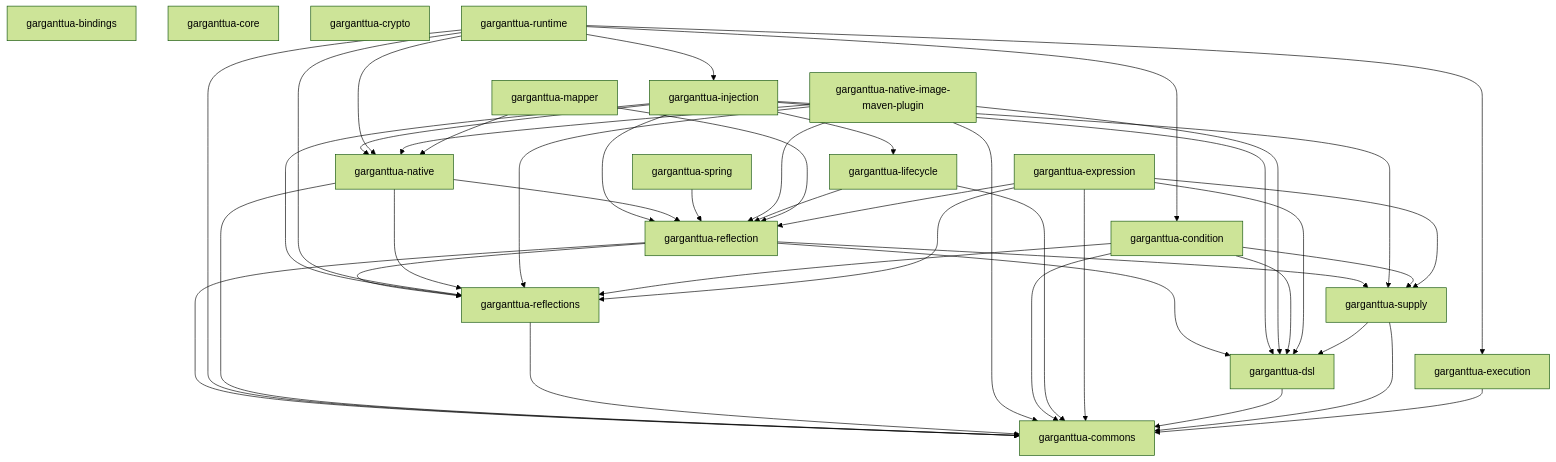
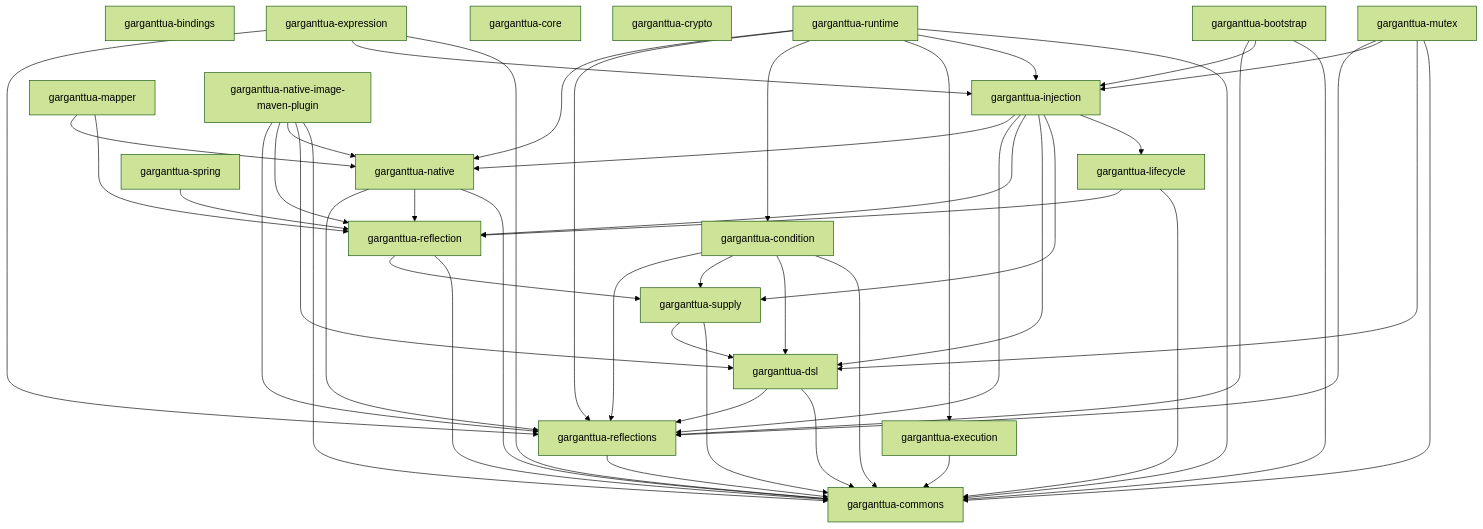
One commit to garganttua/garganttua-core changed the diagram in README.md. Above: the diagram before and after it, drawn with Mermaid (forest theme). The commit also changed other lines of this file and 11 other files, not shown here.

````diff
--- a/README.md
+++ b/README.md
@@ -299,65 +304,71 @@
 ```mermaid
 graph TD
     garganttua-bindings["garganttua-bindings"]
+    garganttua-bootstrap["garganttua-bootstrap"]
     garganttua-commons["garganttua-commons"]
     garganttua-condition["garganttua-condition"]
     garganttua-core["garganttua-core"]
     garganttua-crypto["garganttua-crypto"]
     garganttua-dsl["garganttua-dsl"]
     garganttua-execution["garganttua-execution"]
     garganttua-expression["garganttua-expression"]
     garganttua-injection["garganttua-injection"]
     garganttua-lifecycle["garganttua-lifecycle"]
     garganttua-mapper["garganttua-mapper"]
+    garganttua-mutex["garganttua-mutex"]
     garganttua-native["garganttua-native"]
     garganttua-native-image-maven-plugin["garganttua-native-image-maven-plugin"]
     garganttua-reflection["garganttua-reflection"]
     garganttua-reflections["garganttua-reflections"]
     garganttua-runtime["garganttua-runtime"]
     garganttua-spring["garganttua-spring"]
     garganttua-supply["garganttua-supply"]
 
     garganttua-reflection --> garganttua-commons
-    garganttua-reflection --> garganttua-dsl
     garganttua-reflection --> garganttua-supply
-    garganttua-reflection --> garganttua-reflections
     garganttua-injection --> garganttua-lifecycle
     garganttua-injection --> garganttua-supply
     garganttua-injection --> garganttua-dsl
     garganttua-injection --> garganttua-reflection
     garganttua-injection --> garganttua-reflections
     garganttua-injection --> garganttua-native
+    garganttua-mutex --> garganttua-commons
+    garganttua-mutex --> garganttua-dsl
+    garganttua-mutex --> garganttua-injection
+    garganttua-mutex --> garganttua-reflections
     garganttua-runtime --> garganttua-commons
     garganttua-runtime --> garganttua-injection
     garganttua-runtime --> garganttua-execution
     garganttua-runtime --> garganttua-condition
     garganttua-runtime --> garganttua-reflections
     garganttua-runtime --> garganttua-native
     garganttua-native --> garganttua-commons
     garganttua-native --> garganttua-reflection
     garganttua-native --> garganttua-reflections
+    garganttua-bootstrap --> garganttua-commons
+    garganttua-bootstrap --> garganttua-injection
+    garganttua-bootstrap --> garganttua-reflections
     garganttua-reflections --> garganttua-commons
     garganttua-spring --> garganttua-reflection
     garganttua-native-image-maven-plugin --> garganttua-commons
     garganttua-native-image-maven-plugin --> garganttua-dsl
     garganttua-native-image-maven-plugin --> garganttua-native
     garganttua-native-image-maven-plugin --> garganttua-reflection
     garganttua-native-image-maven-plugin --> garganttua-reflections
     garganttua-condition --> garganttua-commons
     garganttua-condition --> garganttua-dsl
     garganttua-condition --> garganttua-supply
     garganttua-condition --> garganttua-reflections
     garganttua-lifecycle --> garganttua-commons
     garganttua-lifecycle --> garganttua-reflection
     garganttua-mapper --> garganttua-reflection
     garganttua-mapper --> garganttua-native
     garganttua-expression --> garganttua-commons
-    garganttua-expression --> garganttua-dsl
-    garganttua-expression --> garganttua-supply
-    garganttua-expression --> garganttua-reflection
+    garganttua-expression --> garganttua-injection
     garganttua-expression --> garganttua-reflections
     garganttua-dsl --> garganttua-commons
+    garganttua-dsl --> garganttua-reflections
     garganttua-supply --> garganttua-commons
     garganttua-supply --> garganttua-dsl
     garganttua-execution --> garganttua-commons
 ```
````
